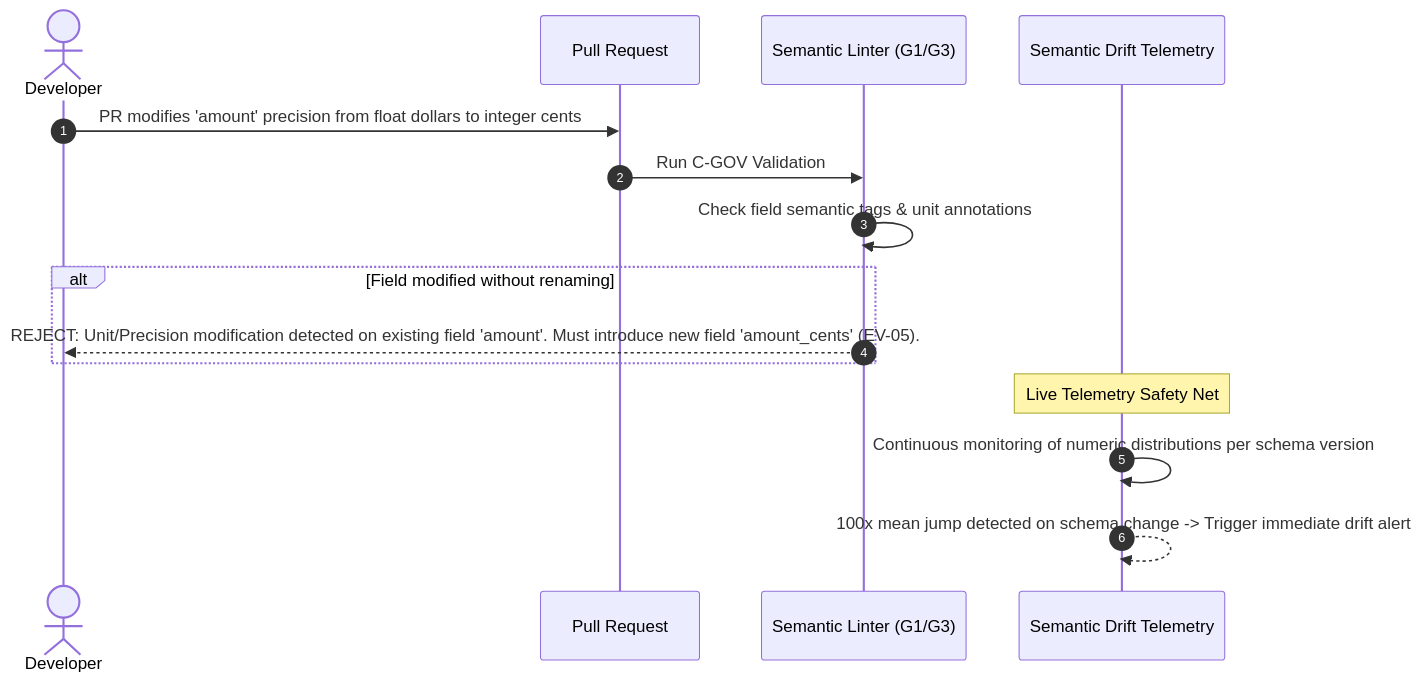
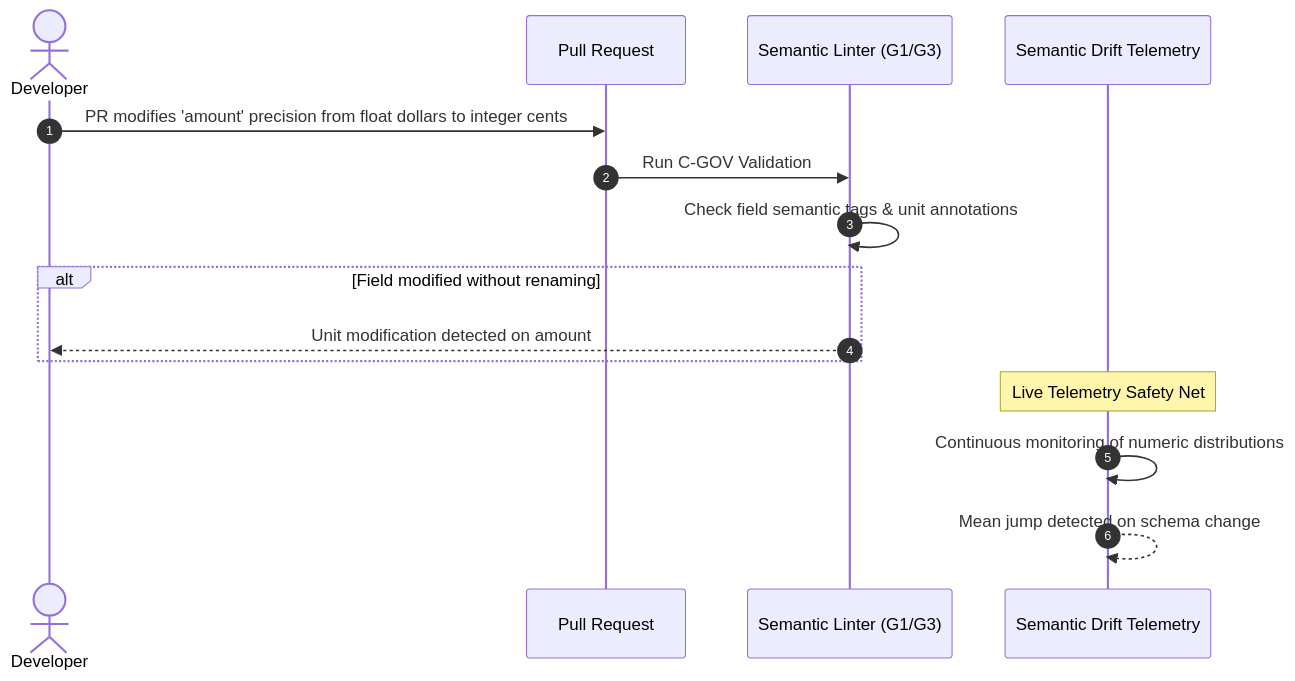
One commit to Chief-Strategist-J/event-driven-platform changed the second of 2 diagrams in docs/features/event-versioning/failure-cases.md. Above: the diagram before and after it, drawn with Mermaid. The commit also changed other lines of this file and 1 other file, not shown here.

Commit message:
docs(event-versioning): sanitize mermaid sequence diagram labels to fix parse error

````diff
--- a/docs/features/event-versioning/failure-cases.md
+++ b/docs/features/event-versioning/failure-cases.md
@@ -54,18 +54,18 @@
 ```mermaid
 sequenceDiagram
     autonumber
     actor Dev as Developer
     participant Git as Pull Request
     participant Lint as Semantic Linter (G1/G3)
     participant Drift as Semantic Drift Telemetry
 
     Dev->>Git: PR modifies 'amount' precision from float dollars to integer cents
     Git->>Lint: Run C-GOV Validation
     Lint->>Lint: Check field semantic tags & unit annotations
     alt Field modified without renaming
-        Lint-->>Dev: REJECT: Unit/Precision modification detected on existing field 'amount'. Must introduce new field 'amount_cents' (EV-05).
+        Lint-->>Dev: Unit modification detected on amount
     end
     Note over Drift: Live Telemetry Safety Net
-    Drift->>Drift: Continuous monitoring of numeric distributions per schema version
-    Drift-->>Drift: 100x mean jump detected on schema change -> Trigger immediate drift alert
+    Drift->>Drift: Continuous monitoring of numeric distributions
+    Drift-->>Drift: Mean jump detected on schema change
 ```
````
